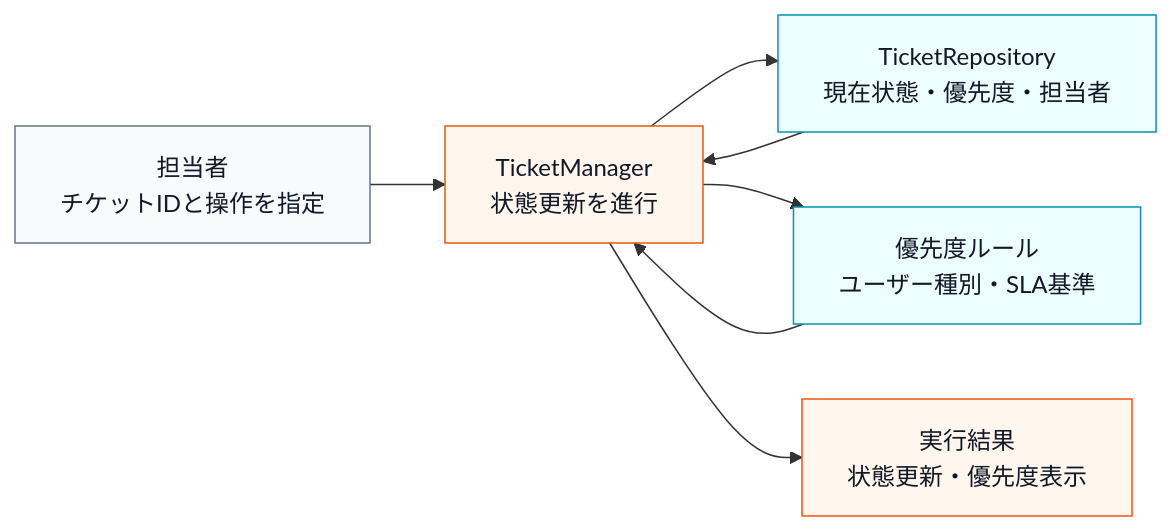
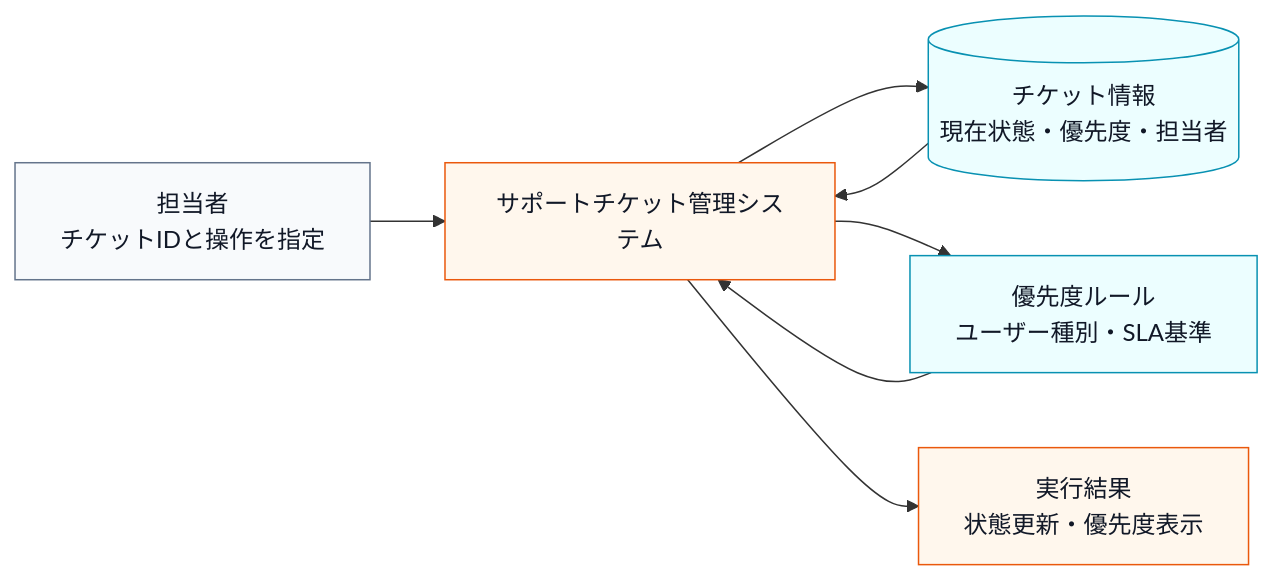
The first of 15 diagrams in kindle/design-patterns/output/chapter09_2.md (kumachan1101-pixel/DesignPattern), drawn with Mermaid before and after one commit. The commit also changed other lines of this file and 14 other files, not shown here.

Commit message:
全章の仕様図と変更対象外基盤を整合

````diff
--- a/kindle/design-patterns/output/chapter09_2.md
+++ b/kindle/design-patterns/output/chapter09_2.md
@@ -44,16 +44,16 @@
 ```mermaid
 flowchart LR
-    U["担当者<br>チケットIDと操作を指定"] --> S["TicketManager<br>状態更新を進行"]
-    S --> T["TicketRepository<br>現在状態・優先度・担当者"]
+    U["担当者<br>チケットIDと操作を指定"] --> S["サポートチケット管理システム"]
+    S --> T[("チケット情報<br>現在状態・優先度・担当者")]
     S --> P["優先度ルール<br>ユーザー種別・SLA基準"]
     T --> S
     P --> S
     S --> R["実行結果<br>状態更新・優先度表示"]
 
     classDef actor fill:#f8fafc,stroke:#64748b,color:#111827;
     classDef data fill:#ecfeff,stroke:#0891b2,color:#111827;
     classDef process fill:#fff7ed,stroke:#ea580c,color:#111827;
     class U actor;
     class T,P data;
     class S,R process;
 ```
````
